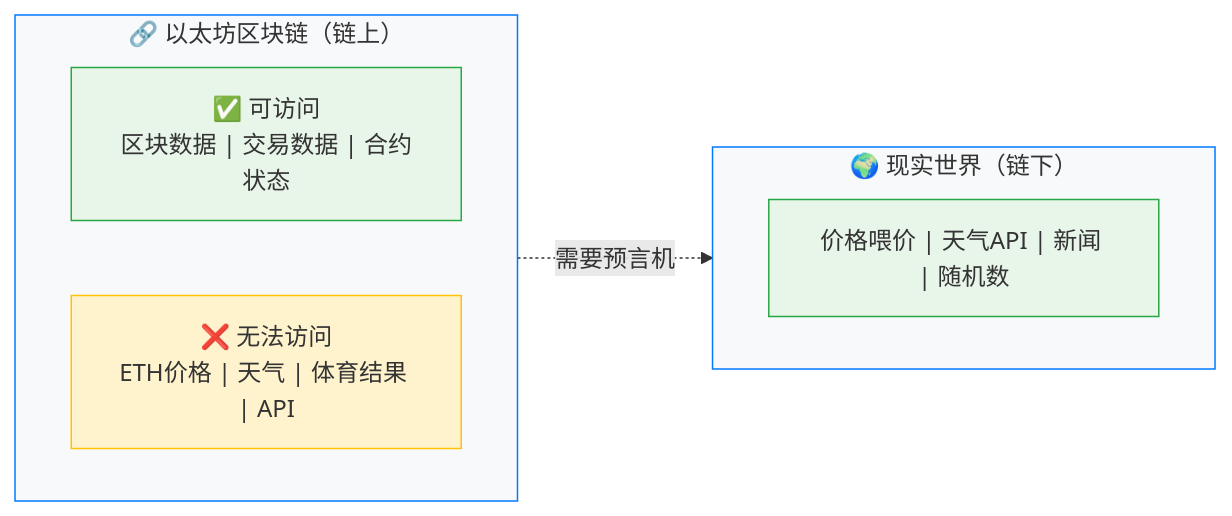
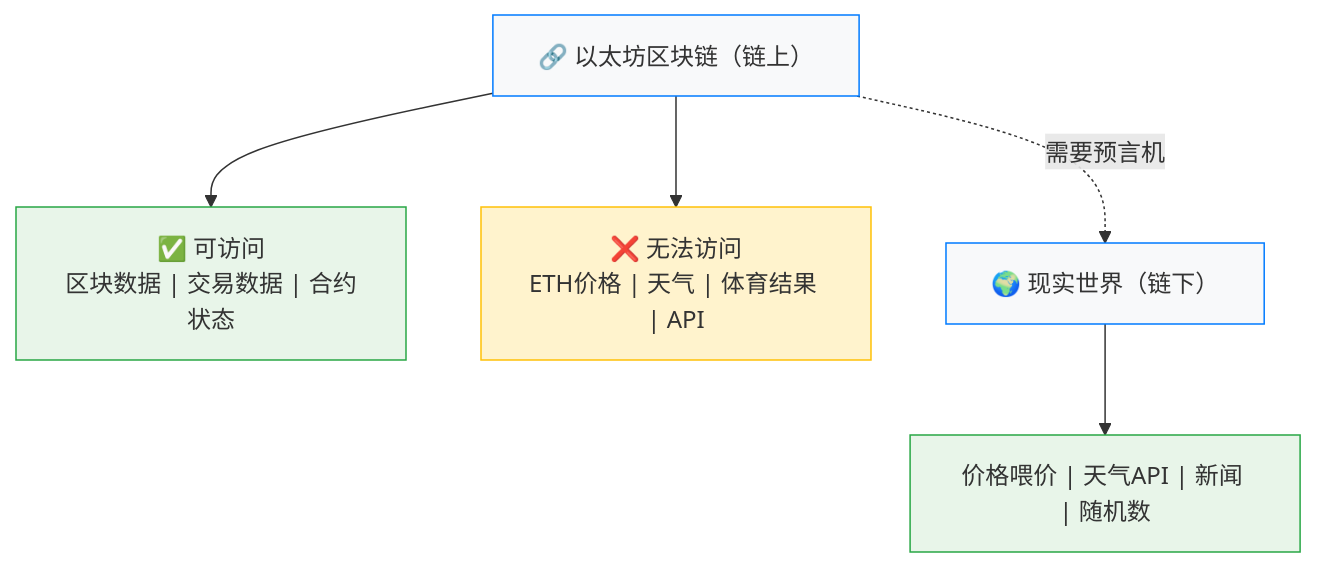
The first of 3 diagrams in docs/《精通以太坊》/第11章-预言机.md (web3-wallet-org/web3-wallet-notes), drawn with Mermaid before and after one commit. The commit also changed 5 other files, not shown here.

````diff
--- a/docs/《精通以太坊》/第11章-预言机.md
+++ b/docs/《精通以太坊》/第11章-预言机.md
@@ -11,21 +11,21 @@
 ```mermaid
-graph LR
-    subgraph OnChain["🔗 以太坊区块链（链上）"]
-        direction LR
-        CanAccess["✅ 可访问<br/>区块数据 | 交易数据 | 合约状态"]
-        CannotAccess["❌ 无法访问<br/>ETH价格 | 天气 | 体育结果 | API"]
-    end
+graph TB
+    OnChain["🔗 以太坊区块链（链上）"]
+    CanAccess["✅ 可访问<br/>区块数据 | 交易数据 | 合约状态"]
+    CannotAccess["❌ 无法访问<br/>ETH价格 | 天气 | 体育结果 | API"]
     
-    subgraph OffChain["🌍 现实世界（链下）"]
-        direction LR
-        ExternalData["价格喂价 | 天气API | 新闻 | 随机数"]
-    end
+    OffChain["🌍 现实世界（链下）"]
+    ExternalData["价格喂价 | 天气API | 新闻 | 随机数"]
+    
+    OnChain --> CanAccess
+    OnChain --> CannotAccess
     
     OnChain -.->|需要预言机| OffChain
+    OffChain --> ExternalData
     
     style OnChain fill:#f8f9fa,stroke:#007bff,color:#333
     style OffChain fill:#f8f9fa,stroke:#007bff,color:#333
     style CanAccess fill:#e8f5e9,stroke:#28a745,color:#333
     style CannotAccess fill:#fff3cd,stroke:#ffc107,color:#333
     style ExternalData fill:#e8f5e9,stroke:#28a745,color:#333
 ```
````
